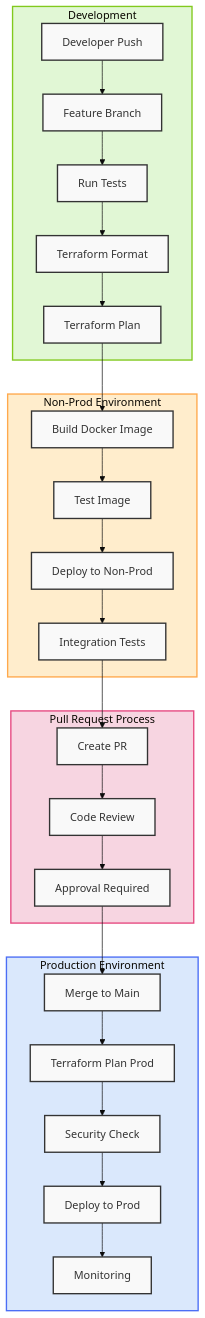
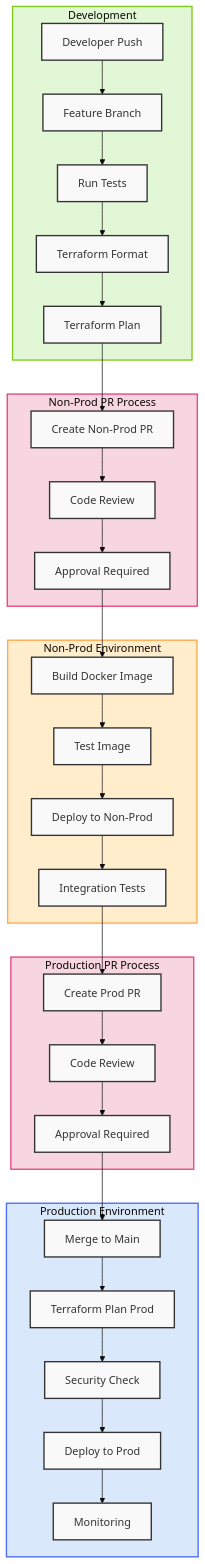
One commit to kerwin-chinea/terraform-challenge changed the diagram in docs/pipeline.md. Above: the diagram before and after it, drawn with Mermaid (base theme). The commit also changed other lines of this file, not shown here.

Commit message:
Pipeline diagram

````diff
--- a/docs/pipeline.md
+++ b/docs/pipeline.md
@@ -3,41 +3,48 @@
 ```mermaid
 flowchart TD
     subgraph DEV["Development"]
         A[Developer Push] --> B[Feature Branch]
         B --> C[Run Tests]
         C --> D[Terraform Format]
         D --> E[Terraform Plan]
     end
 
+    subgraph PR_NONPROD["Non-Prod PR Process"]
+        E --> J1[Create Non-Prod PR]
+        J1 --> K1[Code Review]
+        K1 --> L1[Approval Required]
+    end
+
     subgraph NONPROD["Non-Prod Environment"]
-        E --> F[Build Docker Image]
+        L1 --> F[Build Docker Image]
         F --> G[Test Image]
         G --> H[Deploy to Non-Prod]
         H --> I[Integration Tests]
     end
 
-    subgraph PR["Pull Request Process"]
-        I --> J[Create PR]
-        J --> K[Code Review]
-        K --> L[Approval Required]
+    subgraph PR_PROD["Production PR Process"]
+        I --> J2[Create Prod PR]
+        J2 --> K2[Code Review]
+        K2 --> L2[Approval Required]
     end
 
     subgraph PROD["Production Environment"]
-        L --> M[Merge to Main]
+        L2 --> M[Merge to Main]
         M --> N[Terraform Plan Prod]
         N --> O[Security Check]
         O --> P[Deploy to Prod]
         P --> Q[Monitoring]
     end
 
     classDef default fill:#f9f9f9,stroke:#333,stroke-width:2px;
     classDef dev fill:#e1f7d5,stroke:#82c91e,stroke-width:2px;
     classDef nonprod fill:#ffedcc,stroke:#ffa94d,stroke-width:2px;
     classDef pr fill:#f7d5e1,stroke:#e64980,stroke-width:2px;
     classDef prod fill:#dae8fc,stroke:#4c6ef5,stroke-width:2px;
 
     class DEV dev;
+    class PR_NONPROD pr;
     class NONPROD nonprod;
-    class PR pr;
+    class PR_PROD pr;
     class PROD prod;
 ```
````
